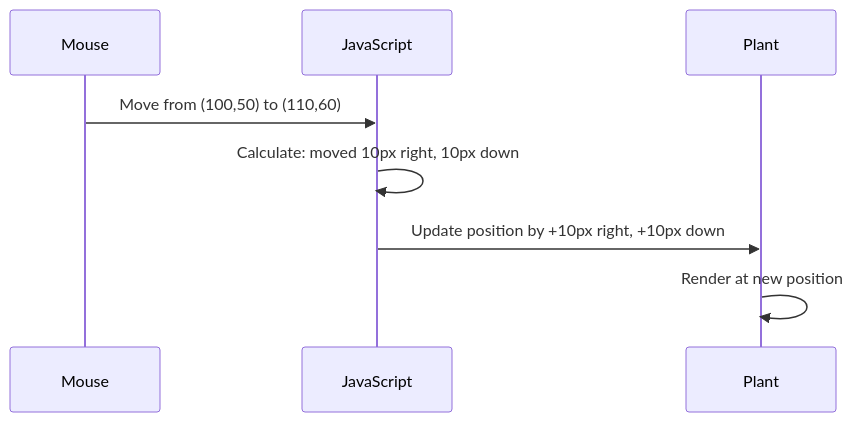
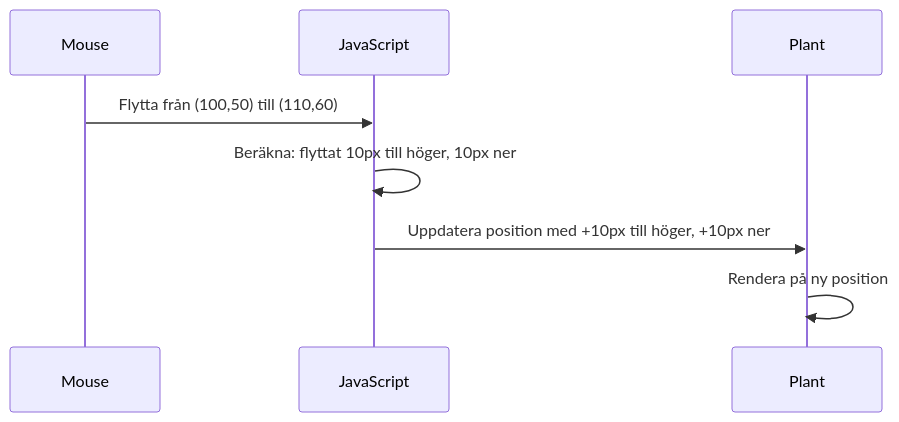
The seventh of 8 diagrams in translations/sv/3-terrarium/3-intro-to-DOM-and-closures/README.md (microsoft/Web-Dev-For-Beginners), drawn with Mermaid before and after one commit. The commit also changed other lines of this file and 99 other files, not shown here.

````diff
--- a/translations/sv/3-terrarium/3-intro-to-DOM-and-closures/README.md
+++ b/translations/sv/3-terrarium/3-intro-to-DOM-and-closures/README.md
@@ -335,11 +507,11 @@
 ```mermaid
 sequenceDiagram
     participant Mouse
     participant JavaScript
     participant Plant
     
-    Mouse->>JavaScript: Move from (100,50) to (110,60)
-    JavaScript->>JavaScript: Calculate: moved 10px right, 10px down
-    JavaScript->>Plant: Update position by +10px right, +10px down
-    Plant->>Plant: Render at new position
+    Mouse->>JavaScript: Flytta från (100,50) till (110,60)
+    JavaScript->>JavaScript: Beräkna: flyttat 10px till höger, 10px ner
+    JavaScript->>Plant: Uppdatera position med +10px till höger, +10px ner
+    Plant->>Plant: Rendera på ny position
 ```
````
